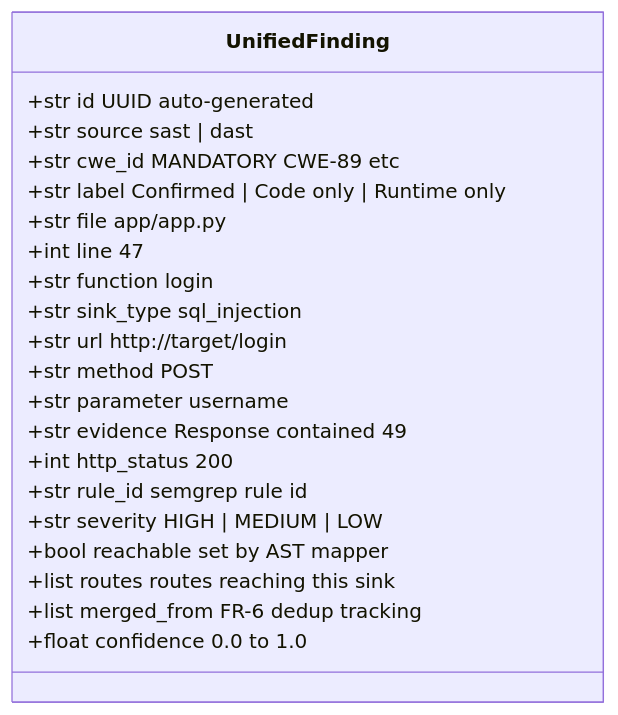
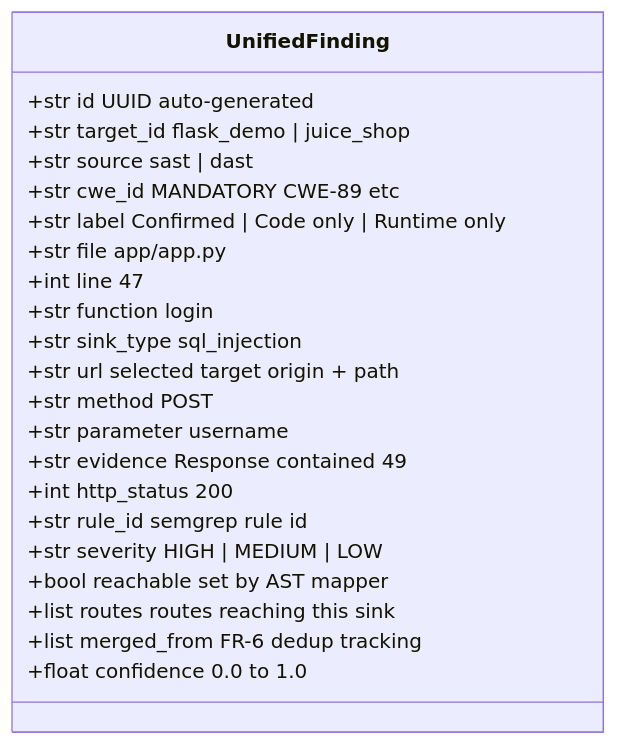
Diagram 17 of 25 in docs/P06-Architecture.md (Halcyora/mitigata), drawn with Mermaid before and after one commit. The commit also changed other lines of this file and 2 other files, not shown here.

First line of the commit message:
Enhance correlation engine documentation with target_id requirements and clarify merging logic

````diff
--- a/docs/P06-Architecture.md
+++ b/docs/P06-Architecture.md
@@ -594,24 +607,25 @@
 ```mermaid
 classDiagram
     class UnifiedFinding {
         +str id  UUID auto-generated
+        +str target_id  flask_demo | juice_shop
         +str source  sast | dast
         +str cwe_id  MANDATORY CWE-89 etc
         +str label  Confirmed | Code only | Runtime only
         +str file  app/app.py
         +int line  47
         +str function  login
         +str sink_type  sql_injection
-        +str url  http://target/login
+        +str url  selected target origin + path
         +str method  POST
         +str parameter  username
         +str evidence  Response contained 49
         +int http_status  200
         +str rule_id  semgrep rule id
         +str severity  HIGH | MEDIUM | LOW
         +bool reachable  set by AST mapper
         +list routes  routes reaching this sink
         +list merged_from  FR-6 dedup tracking
         +float confidence  0.0 to 1.0
     }
 ```
````
